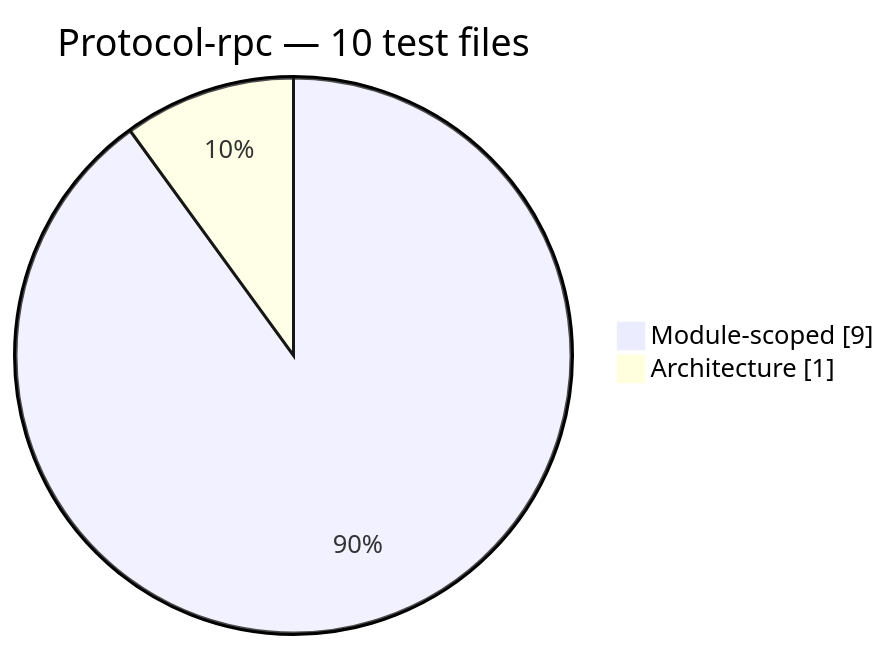
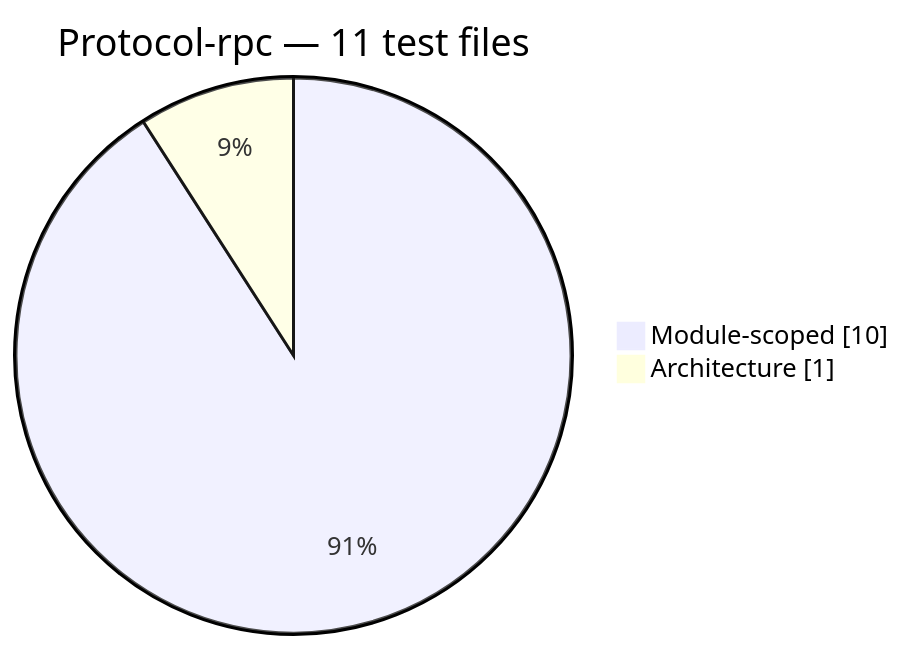
Before and after one commit to PHP-Arazzo/php-arazzo: the tenth of 13 diagrams in docs/generated/test-composition.md, drawn with Mermaid. The commit also changed other lines of this file and 28 other files, not shown here.

Commit message:
refactor(protocol-rpc): enrich Transfer/Proto Data objects, apply domain queries, and use exception static factories

````diff
--- a/docs/generated/test-composition.md
+++ b/docs/generated/test-composition.md
@@ -150,6 +150,6 @@
 ```mermaid
 pie showData
-    title Protocol-rpc — 10 test files
-    "Module-scoped": 9
+    title Protocol-rpc — 11 test files
+    "Module-scoped": 10
     "Architecture": 1
 ```
````
